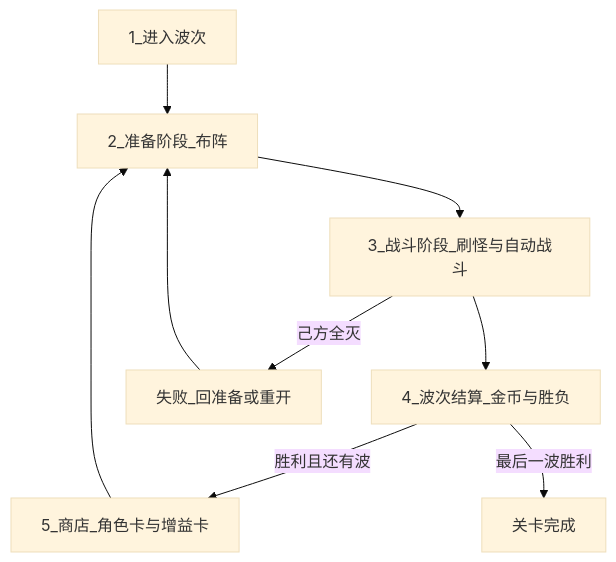
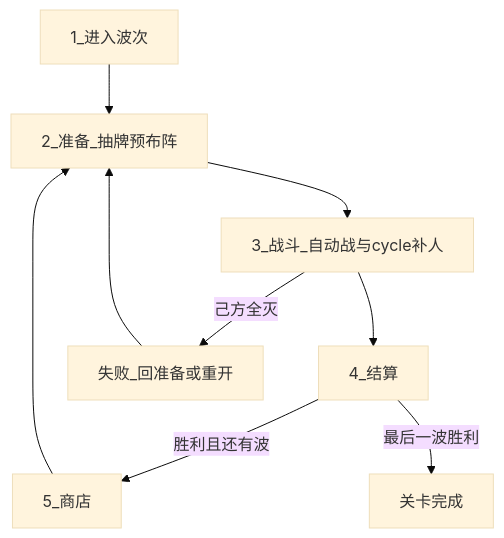
Before and after one commit to Kanerickyz/Godot-Project---Clash-royale-like-Game: the second of 2 diagrams in Documents/GAME_VISION.md, drawn with Mermaid (base theme). The commit also changed other lines of this file and 10 other files, not shown here.

````diff
--- a/Documents/GAME_VISION.md
+++ b/Documents/GAME_VISION.md
@@ -114,11 +122,11 @@
 ```mermaid
 flowchart TD
-    enterWave[1_进入波次] --> prepare[2_准备阶段_布阵]
-    prepare --> combat[3_战斗阶段_刷怪与自动战斗]
-    combat --> resolve[4_波次结算_金币与胜负]
-    resolve -->|胜利且还有波| shop[5_商店_角色卡与增益卡]
+    enterWave[1_进入波次] --> prepare[2_准备_抽牌预布阵]
+    prepare --> combat[3_战斗_自动战与cycle补人]
+    combat --> resolve[4_结算]
+    resolve -->|胜利且还有波| shop[5_商店]
     shop --> prepare
     resolve -->|最后一波胜利| levelWin[关卡完成]
     combat -->|己方全灭| defeat[失败_回准备或重开]
     defeat --> prepare
 ```
````
